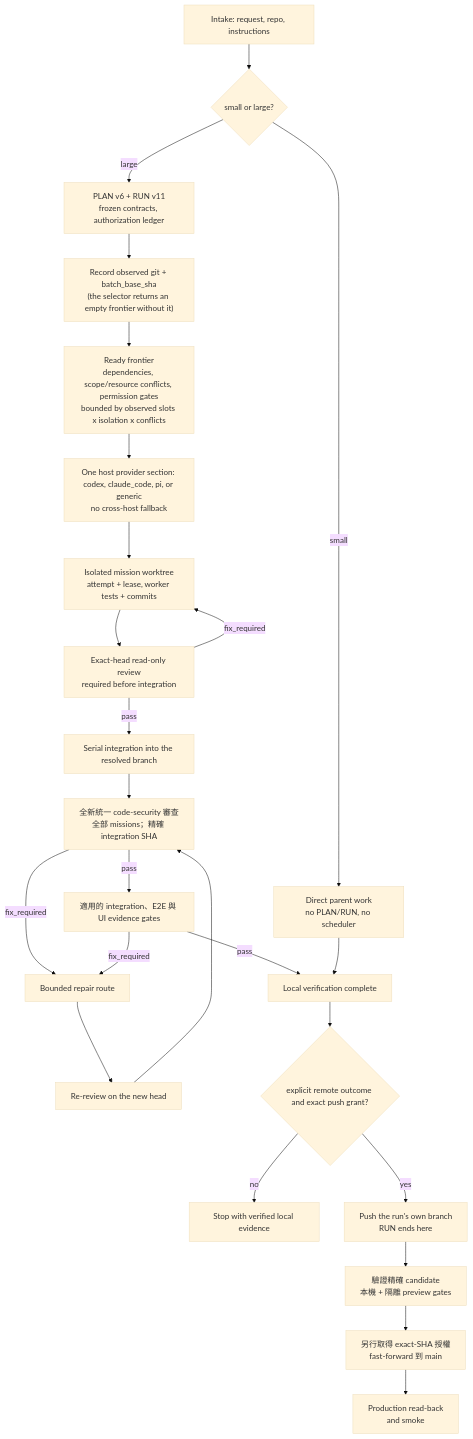
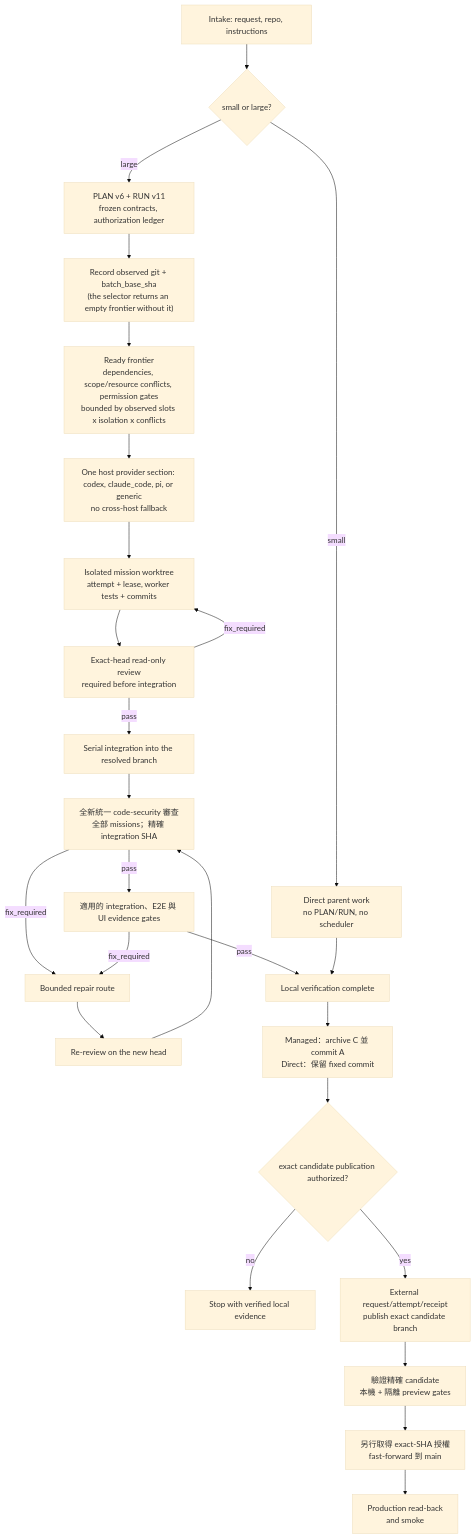
One commit to Phlegonlabs/product-delivery-harness changed the third of 3 diagrams in README.zh-TW.md. Above: the diagram before and after it, drawn with Mermaid (base theme). The commit also changed other lines of this file and 188 other files, not shown here.

````diff
--- a/README.zh-TW.md
+++ b/README.zh-TW.md
@@ -249,27 +276,28 @@
 ```mermaid
 flowchart TB
   Intake["Intake: request, repo, instructions"] --> Size{"small or large?"}
   Size -->|small| Direct["Direct parent work<br/>no PLAN/RUN, no scheduler"]
   Size -->|large| Plan["PLAN v6 + RUN v11<br/>frozen contracts, authorization ledger"]
   Plan --> Observe["Record observed git + batch_base_sha<br/>(the selector returns an empty frontier without it)"]
   Observe --> Frontier["Ready frontier<br/>dependencies, scope/resource conflicts, permission gates<br/>bounded by observed slots x isolation x conflicts"]
   Frontier --> Host["One host provider section: codex, claude_code, pi, or generic<br/>no cross-host fallback"]
   Host --> Work["Isolated mission worktree<br/>attempt + lease, worker tests + commits"]
   Work --> Review["Exact-head read-only review<br/>required before integration"]
   Review -->|pass| Integrate["Serial integration into the resolved branch"]
   Review -->|fix_required| Work
   Integrate --> Security["全新統一 code-security 審查<br/>全部 missions；精確 integration SHA"]
   Security -->|pass| Gates["適用的 integration、E2E 與 UI evidence gates"]
   Security -->|fix_required| Repair["Bounded repair route"]
   Gates -->|fix_required| Repair
   Repair --> Rereview["Re-review on the new head"]
   Rereview --> Security
   Gates -->|pass| Local["Local verification complete"]
   Direct --> Local
-  Local --> Remote{"explicit remote outcome and exact push grant?"}
+  Local --> ArchiveCandidate["Managed：archive C 並 commit A<br/>Direct：保留 fixed commit"]
+  ArchiveCandidate --> Remote{"exact candidate publication authorized?"}
   Remote -->|no| Done["Stop with verified local evidence"]
-  Remote -->|yes| Push["Push the run's own branch<br/>RUN ends here"]
+  Remote -->|yes| Push["External request/attempt/receipt<br/>publish exact candidate branch"]
   Push --> Candidate["驗證精確 candidate<br/>本機 + 隔離 preview gates"]
   Candidate --> Main["另行取得 exact-SHA 授權<br/>fast-forward 到 main"]
   Main --> Prod["Production read-back<br/>and smoke"]
 ```
````
